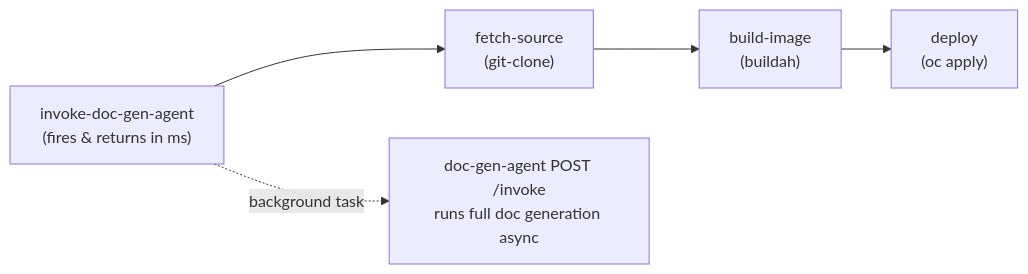
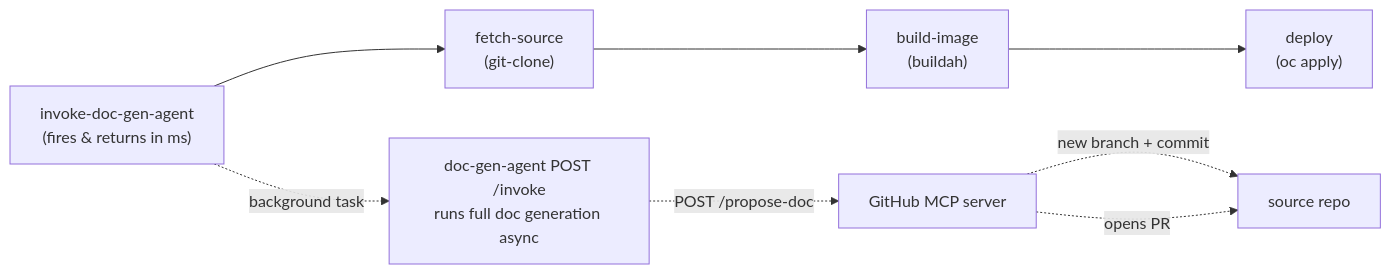
One commit to matteo-grimaldi/agentic-doc-generation changed the second of 2 diagrams in README.md. Above: the diagram before and after it, drawn with Mermaid. The commit also changed other lines of this file and 5 other files, not shown here.

````diff
--- a/README.md
+++ b/README.md
@@ -226,7 +234,10 @@
 ```mermaid
 flowchart LR
     invokeAgent["invoke-doc-gen-agent\n(fires & returns in ms)"] --> fetchSource["fetch-source\n(git-clone)"]
     fetchSource --> buildImage["build-image\n(buildah)"]
     buildImage --> deploy["deploy\n(oc apply)"]
     invokeAgent -.->|"background task"| agentRun["doc-gen-agent POST /invoke\nruns full doc generation async"]
+    agentRun -.->|"POST /propose-doc"| mcpPropose["GitHub MCP server"]
+    mcpPropose -.->|"new branch + commit"| sourceRepo["source repo"]
+    mcpPropose -.->|"opens PR"| sourceRepo
 ```
````
